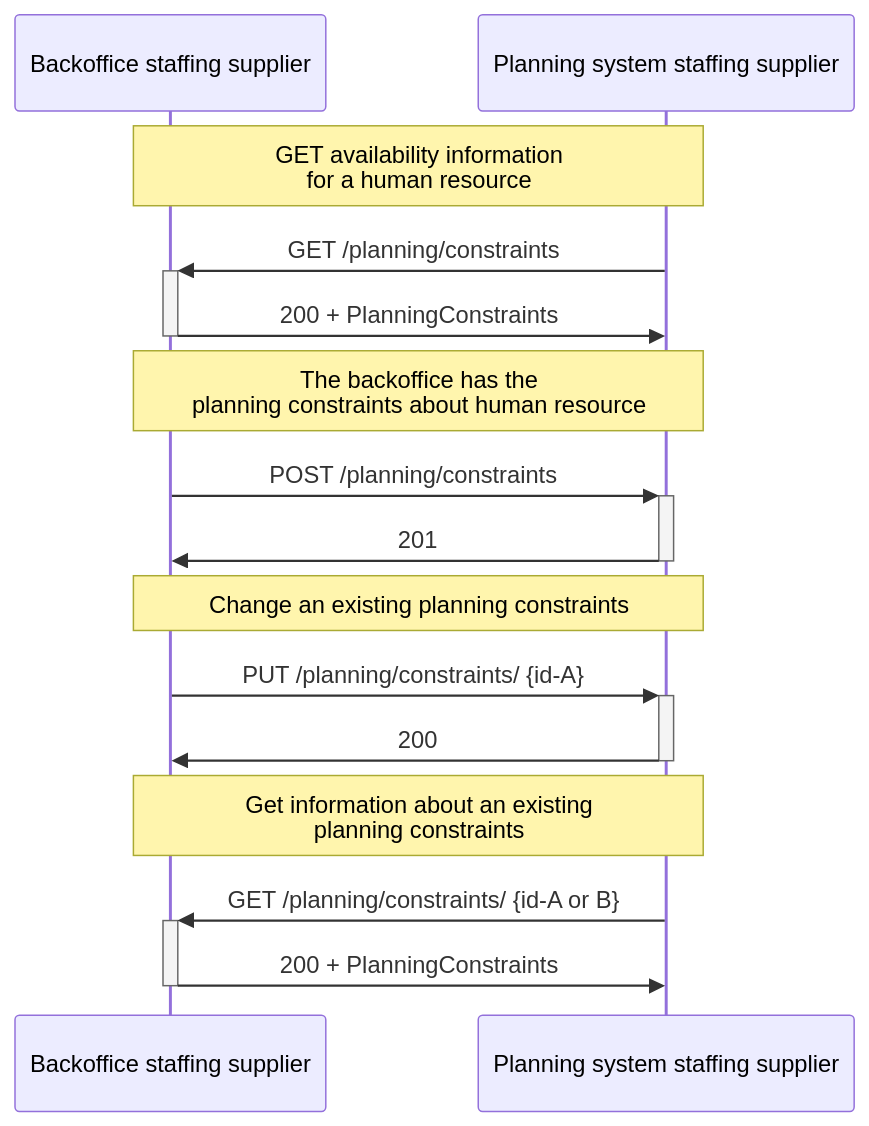
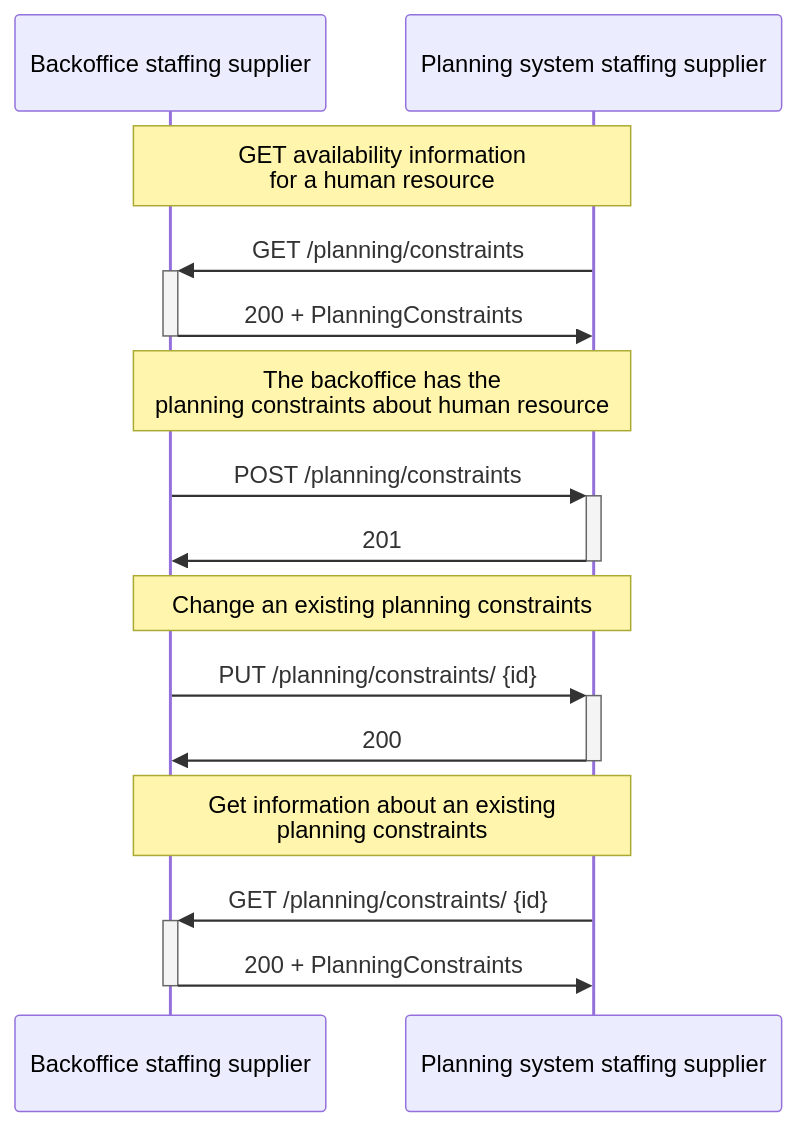
One commit to setu-standards/documentation changed the diagram in app/docs/planning/Scenario 1/StaffingSupplier.md. Above: the diagram before and after it, drawn with Mermaid. The commit also changed other lines of this file and 10 other files, not shown here.

````diff
--- a/app/docs/planning/Scenario 1/StaffingSupplier.md
+++ b/app/docs/planning/Scenario 1/StaffingSupplier.md
@@ -15,22 +15,22 @@
 ```mermaid
 sequenceDiagram
     participant Backoffice as Backoffice staffing supplier
     participant Planning as Planning system  staffing supplier
 
     Note over Backoffice,Planning: GET availability information <br/> for a human resource
     Planning ->>+ Backoffice: GET /planning/constraints
     Backoffice ->>- Planning: 200 + PlanningConstraints
 
 
     Note over Backoffice,Planning: The backoffice has the <br/> planning constraints about human resource
     Backoffice ->>+ Planning: POST /planning/constraints
     Planning ->>- Backoffice: 201
 
     Note over Backoffice,Planning: Change an existing planning constraints
-    Backoffice ->>+ Planning: PUT /planning/constraints/ {id-A}
+    Backoffice ->>+ Planning: PUT /planning/constraints/ {id}
     Planning ->>- Backoffice: 200
 
     Note over Backoffice,Planning: Get information about an existing <br/> planning constraints
-    Planning ->>+ Backoffice: GET /planning/constraints/ {id-A or B}
+    Planning ->>+ Backoffice: GET /planning/constraints/ {id}
     Backoffice ->>- Planning: 200 + PlanningConstraints
 ```
````
